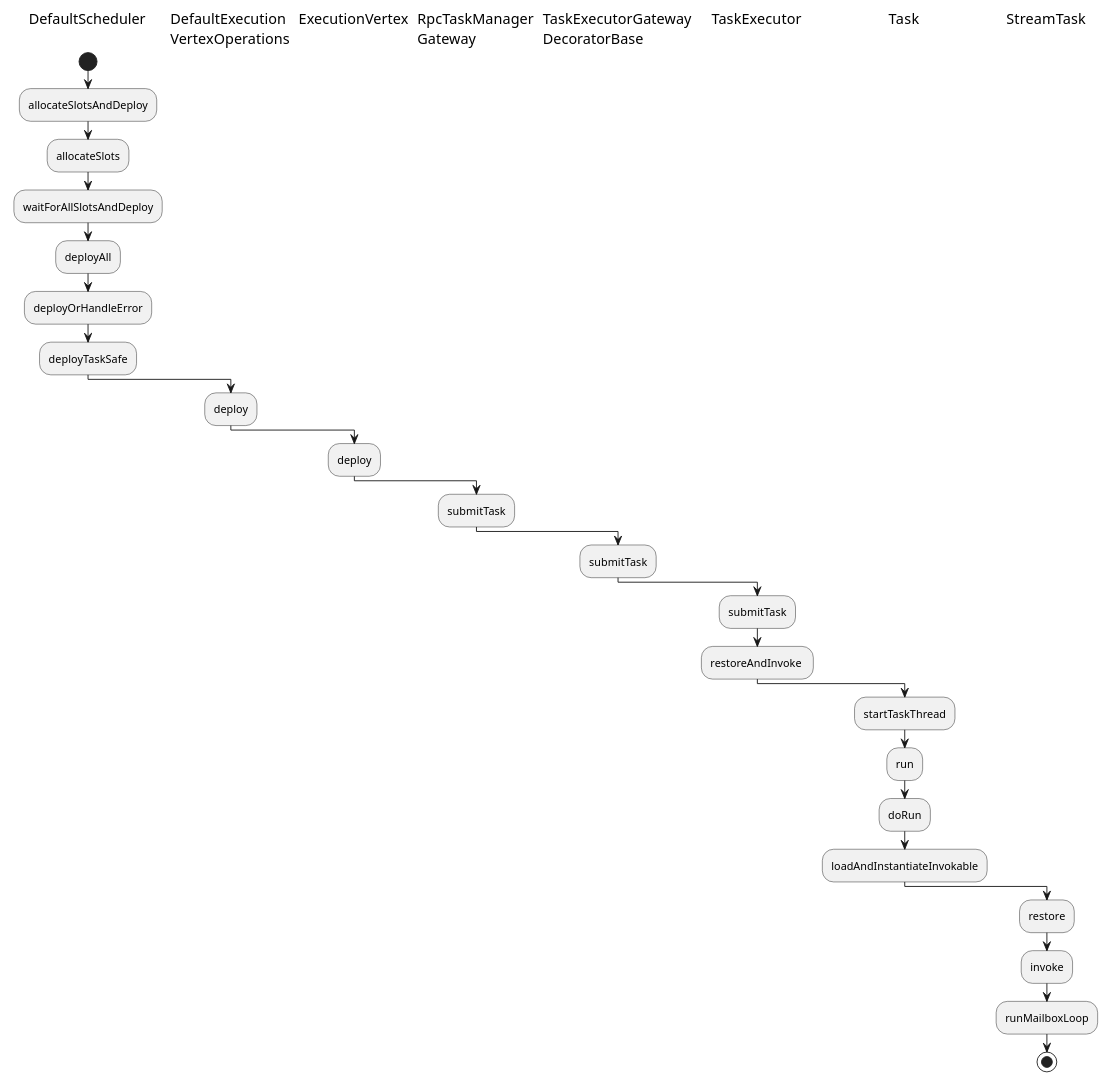
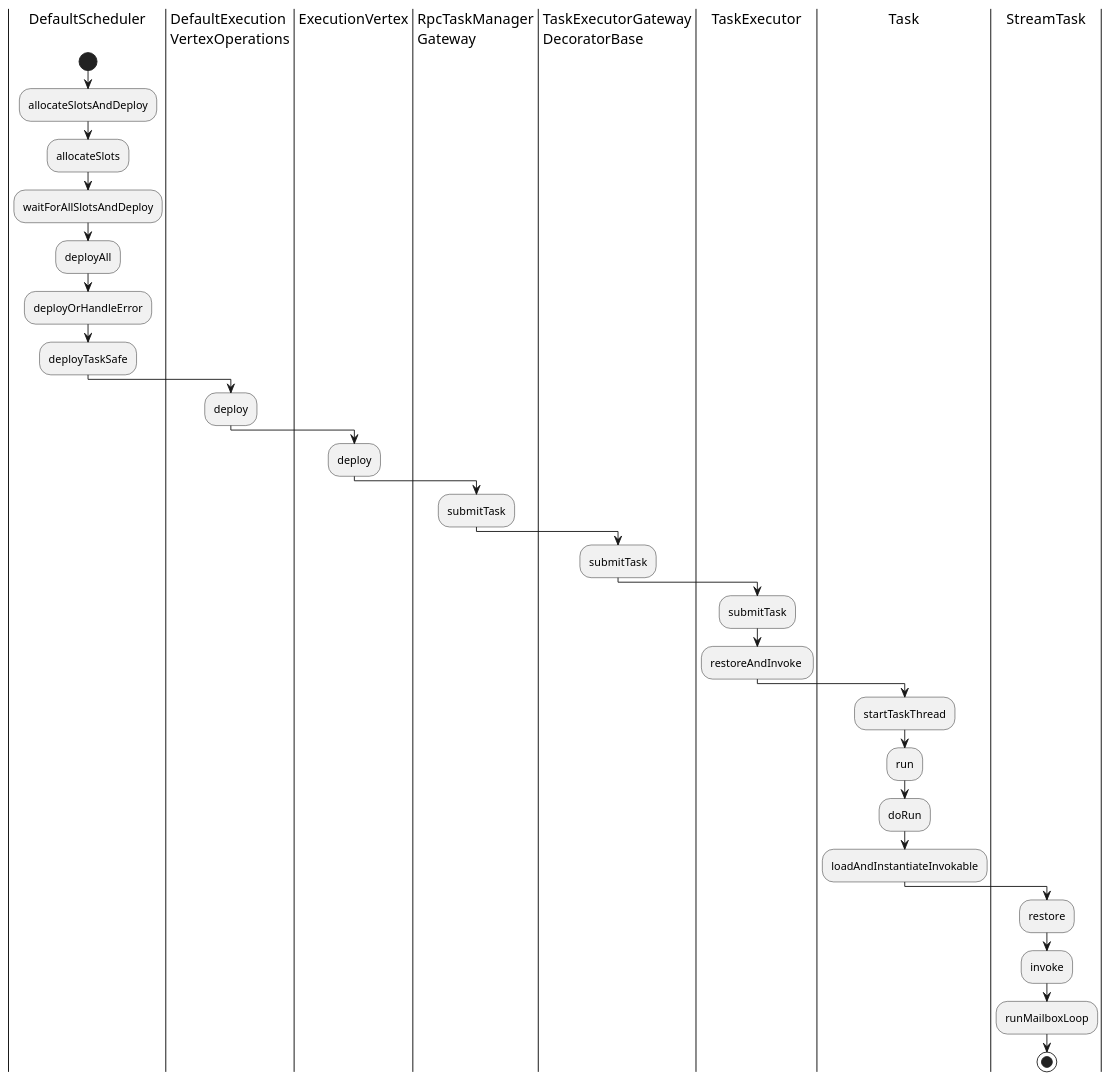
Before and after one commit to 2pc/docsify-md-notes: the diagram in docs/MD-NOTES/Flink/Flink源码剖析/submittask.md, drawn with PlantUML.

````diff
--- a/docs/MD-NOTES/Flink/Flink源码剖析/submittask.md
+++ b/docs/MD-NOTES/Flink/Flink源码剖析/submittask.md
@@ -2,41 +2,41 @@
 ```plantuml
 @startuml
 skinparam swimlane {
-  BorderThickness 0
+  BorderThickness 1
   TitleFontColor black
   TitleFontSize 16
 
 }
 |DefaultScheduler|
 start
 :allocateSlotsAndDeploy;
 :allocateSlots;
 :waitForAllSlotsAndDeploy;
 :deployAll;
 :deployOrHandleError;
 :deployTaskSafe;
 
 |DefaultExecution\nVertexOperations|
 :deploy;
 |ExecutionVertex|
 :deploy;
 |RpcTaskManager\nGateway|
 :submitTask;
 |TaskExecutorGateway\nDecoratorBase|
 :submitTask;
 |TaskExecutor|
 :submitTask;
 :restoreAndInvoke ;
 |Task|
 :startTaskThread;
 :run;
 :doRun;
 :loadAndInstantiateInvokable;
 |StreamTask|
 :restore;
 :invoke;
 :runMailboxLoop;
 
 stop
 @enduml
 ```
````
